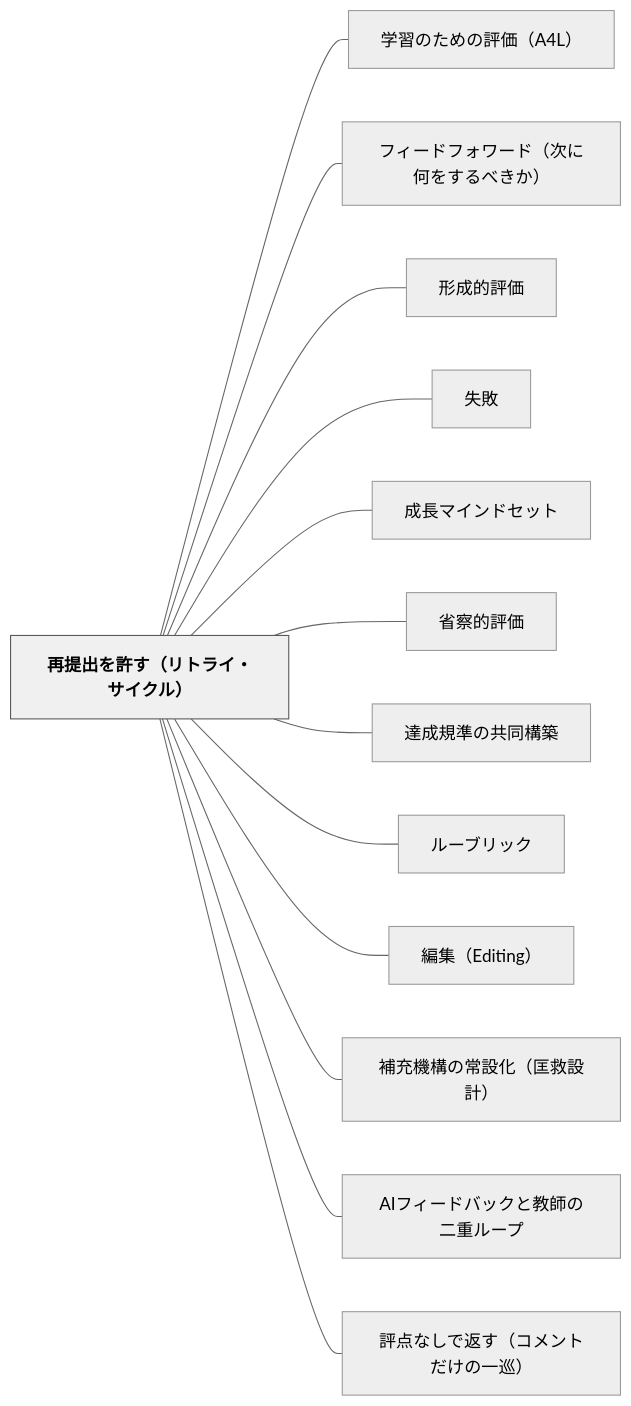
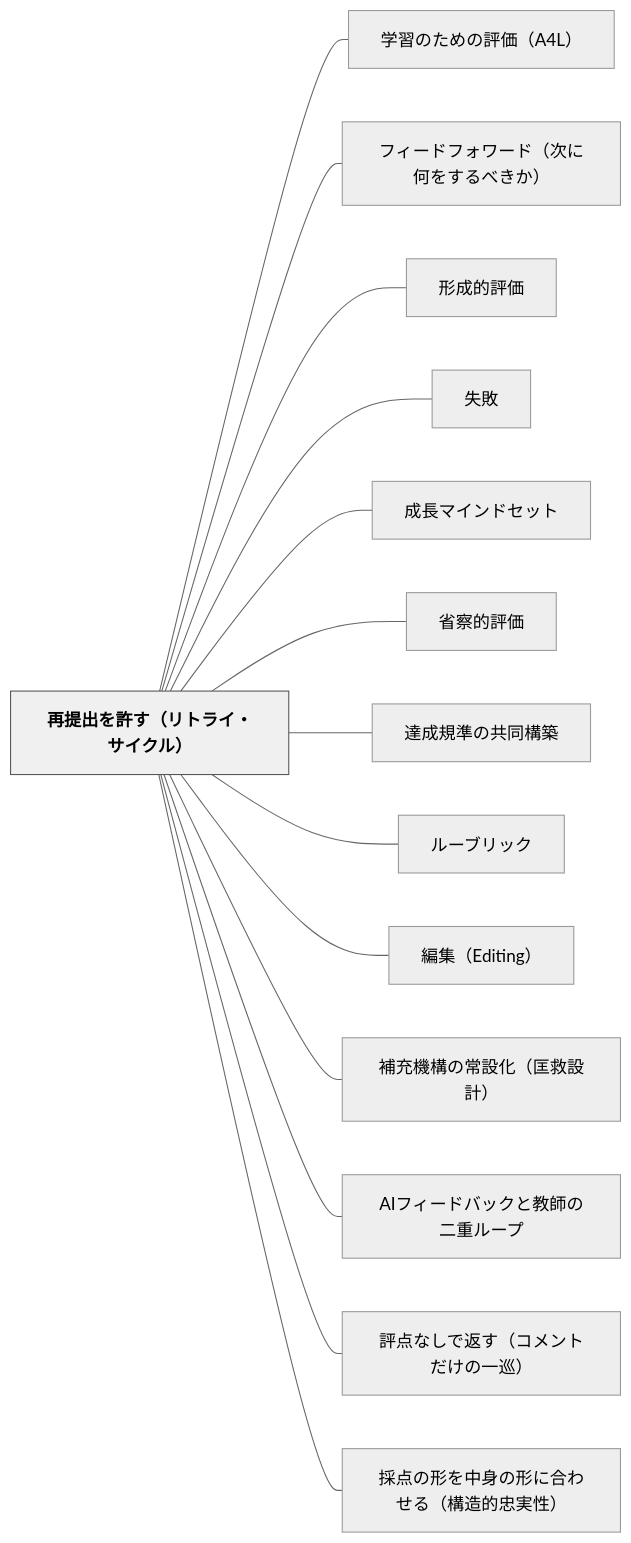
The diagram in content/パタン/再提出を許す（リトライ・サイクル）.md (unknownthings-ed-patterns/unknownthings-ed-patterns), drawn with Mermaid (neutral theme) before and after one commit. The commit also changed other lines of this file and 17 other files, not shown here.

````diff
--- a/content/パタン/再提出を許す（リトライ・サイクル）.md
+++ b/content/パタン/再提出を許す（リトライ・サイクル）.md
@@ -133,32 +135,34 @@
 ```mermaid
 flowchart LR
     ne5868de68f90e587bae38292e8a8b1e38199efbc88e383aae38388e383a9e382a4e383bbe382b5e382a4e382afe383abefbc89["再提出を許す（リトライ・サイクル）"]
     ne5ada6e7bf92e381aee3819fe38281e381aee8a995e4bea1efbc8841344cefbc89["学習のための評価（A4L）"]
     ne38395e382a3e383bce38389e38395e382a9e383afe383bce38389efbc88e6aca1e381abe4bd95e38292e38199e3828be381b9e3818de3818befbc89["フィードフォワード（次に何をするべきか）"]
     ne5bda2e68890e79a84e8a995e4bea1["形成的評価"]
     ne5a4b1e69597["失敗"]
     ne68890e995b7e3839ee382a4e383b3e38389e382bbe38383e38388["成長マインドセット"]
     ne79c81e5af9fe79a84e8a995e4bea1["省察的評価"]
     ne98194e68890e8a68fe6ba96e381aee585b1e5908ce6a78be7af89["達成規準の共同構築"]
     ne383abe383bce38396e383aae38383e382af["ルーブリック"]
     ne7b7a8e99b86efbc8845646974696e67efbc89["編集（Editing）"]
     ne8a39ce58585e6a99fe6a78be381aee5b8b8e8a8ade58c96efbc88e58ca1e69591e8a8ade8a888efbc89["補充機構の常設化（匡救設計）"]
     n4149e38395e382a3e383bce38389e38390e38383e382afe381a8e69599e5b8abe381aee4ba8ce9878de383abe383bce38397["AIフィードバックと教師の二重ループ"]
     ne8a995e782b9e381aae38197e381a7e8bf94e38199efbc88e382b3e383a1e383b3e38388e381a0e38191e381aee4b880e5b7a1efbc89["評点なしで返す（コメントだけの一巡）"]
+    ne68ea1e782b9e381aee5bda2e38292e4b8ade8baabe381aee5bda2e381abe59088e3828fe3819be3828befbc88e6a78be980a0e79a84e5bfa0e5ae9fe680a7efbc89["採点の形を中身の形に合わせる（構造的忠実性）"]
 
     ne5868de68f90e587bae38292e8a8b1e38199efbc88e383aae38388e383a9e382a4e383bbe382b5e382a4e382afe383abefbc89 --- ne5ada6e7bf92e381aee3819fe38281e381aee8a995e4bea1efbc8841344cefbc89
     ne5868de68f90e587bae38292e8a8b1e38199efbc88e383aae38388e383a9e382a4e383bbe382b5e382a4e382afe383abefbc89 --- ne38395e382a3e383bce38389e38395e382a9e383afe383bce38389efbc88e6aca1e381abe4bd95e38292e38199e3828be381b9e3818de3818befbc89
     ne5868de68f90e587bae38292e8a8b1e38199efbc88e383aae38388e383a9e382a4e383bbe382b5e382a4e382afe383abefbc89 --- ne5bda2e68890e79a84e8a995e4bea1
     ne5868de68f90e587bae38292e8a8b1e38199efbc88e383aae38388e383a9e382a4e383bbe382b5e382a4e382afe383abefbc89 --- ne5a4b1e69597
     ne5868de68f90e587bae38292e8a8b1e38199efbc88e383aae38388e383a9e382a4e383bbe382b5e382a4e382afe383abefbc89 --- ne68890e995b7e3839ee382a4e383b3e38389e382bbe38383e38388
     ne5868de68f90e587bae38292e8a8b1e38199efbc88e383aae38388e383a9e382a4e383bbe382b5e382a4e382afe383abefbc89 --- ne79c81e5af9fe79a84e8a995e4bea1
     ne5868de68f90e587bae38292e8a8b1e38199efbc88e383aae38388e383a9e382a4e383bbe382b5e382a4e382afe383abefbc89 --- ne98194e68890e8a68fe6ba96e381aee585b1e5908ce6a78be7af89
     ne5868de68f90e587bae38292e8a8b1e38199efbc88e383aae38388e383a9e382a4e383bbe382b5e382a4e382afe383abefbc89 --- ne383abe383bce38396e383aae38383e382af
     ne5868de68f90e587bae38292e8a8b1e38199efbc88e383aae38388e383a9e382a4e383bbe382b5e382a4e382afe383abefbc89 --- ne7b7a8e99b86efbc8845646974696e67efbc89
     ne5868de68f90e587bae38292e8a8b1e38199efbc88e383aae38388e383a9e382a4e383bbe382b5e382a4e382afe383abefbc89 --- ne8a39ce58585e6a99fe6a78be381aee5b8b8e8a8ade58c96efbc88e58ca1e69591e8a8ade8a888efbc89
     ne5868de68f90e587bae38292e8a8b1e38199efbc88e383aae38388e383a9e382a4e383bbe382b5e382a4e382afe383abefbc89 --- n4149e38395e382a3e383bce38389e38390e38383e382afe381a8e69599e5b8abe381aee4ba8ce9878de383abe383bce38397
     ne5868de68f90e587bae38292e8a8b1e38199efbc88e383aae38388e383a9e382a4e383bbe382b5e382a4e382afe383abefbc89 --- ne8a995e782b9e381aae38197e381a7e8bf94e38199efbc88e382b3e383a1e383b3e38388e381a0e38191e381aee4b880e5b7a1efbc89
+    ne5868de68f90e587bae38292e8a8b1e38199efbc88e383aae38388e383a9e382a4e383bbe382b5e382a4e382afe383abefbc89 --- ne68ea1e782b9e381aee5bda2e38292e4b8ade8baabe381aee5bda2e381abe59088e3828fe3819be3828befbc88e6a78be980a0e79a84e5bfa0e5ae9fe680a7efbc89
 
     classDef hub fill:#f0f0f0,stroke:#555,color:#000,font-weight:bold
     class ne5868de68f90e587bae38292e8a8b1e38199efbc88e383aae38388e383a9e382a4e383bbe382b5e382a4e382afe383abefbc89 hub
 ```
````
